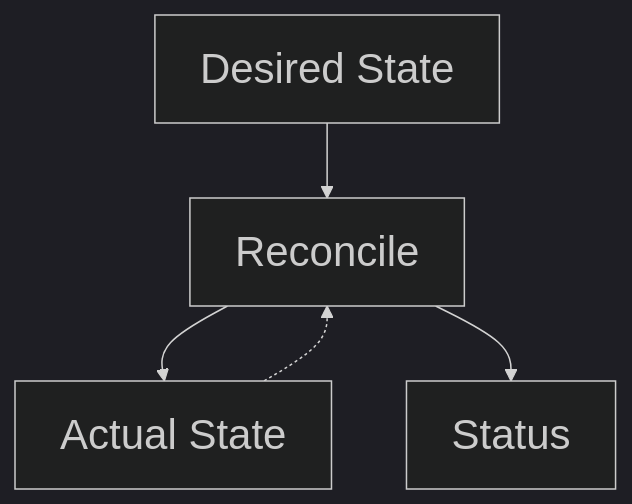
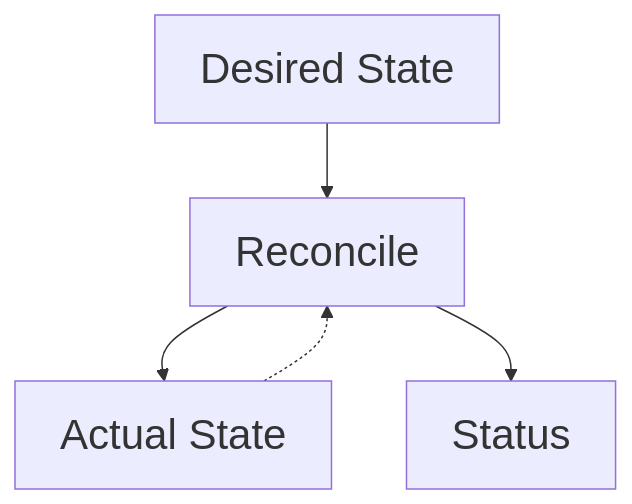
Before and after one commit to schmiddim/reveal-js-boilerplate: the diagram in slides.md, drawn with Mermaid. The commit also changed other lines of this file and 1 other file, not shown here.

Commit message:
layout switched to white

```diff
--- a/slides.md
+++ b/slides.md
@@ -69,8 +69,8 @@
 <div class="mermaid">
-%%{init: {'theme': 'dark', 'themeVariables': {'fontSize': '28px'}}}%%
+%%{init: {'theme': 'white', 'themeVariables': {'fontSize': '28px'}}}%%
 graph TD
   DS[Desired State] --> R[Reconcile]
   R --> AS[Actual State]
   R --> ST[Status]
   AS -.-> R
 </div>
```
